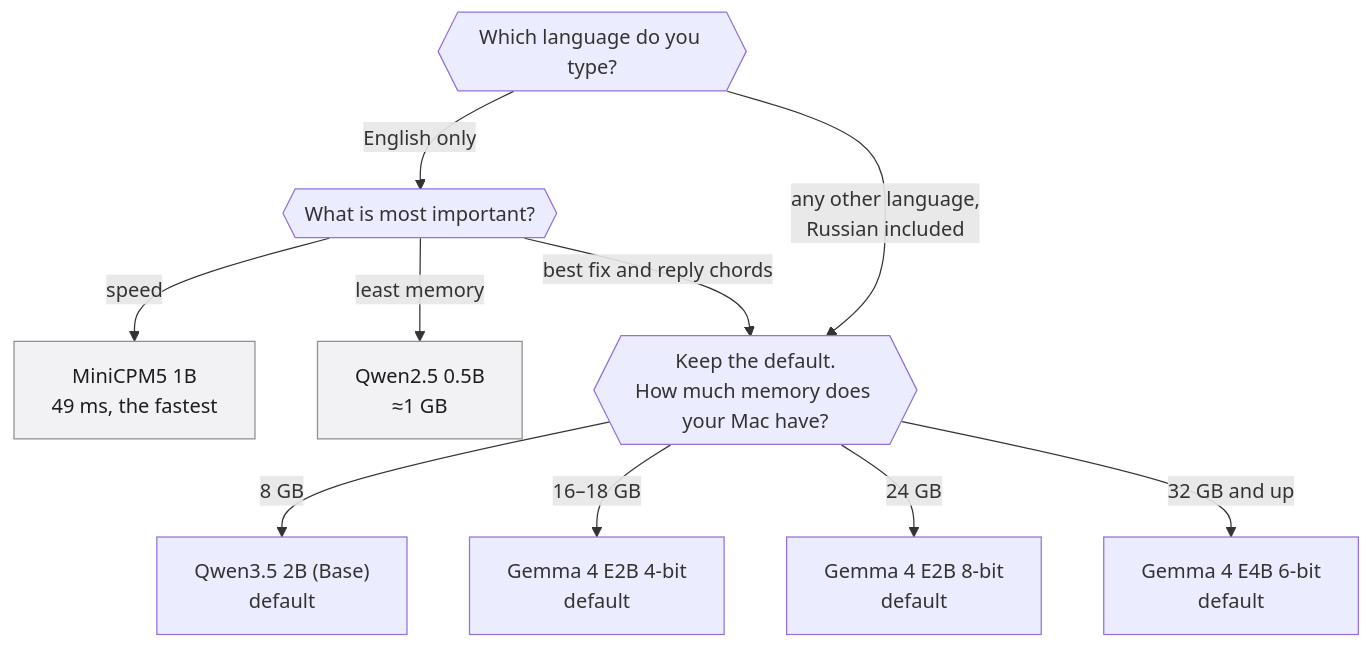
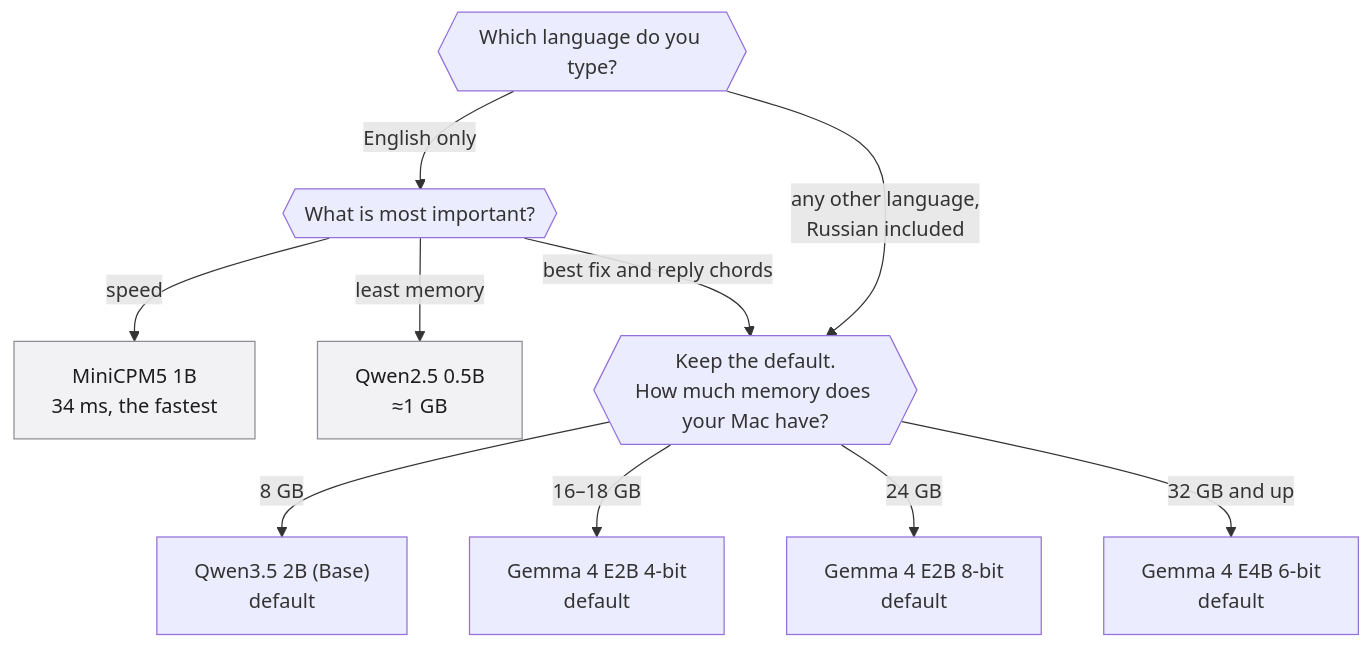
Before and after one commit to nikiomori/Pretype: the diagram in docs/diagrams/models-choose.mmd, drawn with Mermaid. The commit also changed 9 other files, not shown here.

First line of the commit message:
feat(models): MiniCPM5 1B on our 8-bit build

```diff
--- a/docs/diagrams/models-choose.mmd
+++ b/docs/diagrams/models-choose.mmd
@@ -1,15 +1,15 @@
 %% Which model to pick: language first, then memory. The default already
 %% follows the memory ladder, so most paths end at the default.
 flowchart TB
   lang{{"Which language do you type?"}}
   lang -- "English only" --> want{{"What is most important?"}}
-  want -- "speed" --> mini["MiniCPM5 1B<br/>49 ms, the fastest"]
+  want -- "speed" --> mini["MiniCPM5 1B<br/>34 ms, the fastest"]
   want -- "least memory" --> q05["Qwen2.5 0.5B<br/>≈1 GB"]
   want -- "best fix and reply chords" --> ram
   lang -- "any other language,<br/>Russian included" --> ram{{"Keep the default.<br/>How much memory does your Mac have?"}}
   ram -- "8 GB" --> q35["Qwen3.5 2B (Base)<br/>default"]
   ram -- "16–18 GB" --> e2b4["Gemma 4 E2B 4-bit<br/>default"]
   ram -- "24 GB" --> e2b8["Gemma 4 E2B 8-bit<br/>default"]
   ram -- "32 GB and up" --> e4b6["Gemma 4 E4B 6-bit<br/>default"]
   classDef manual fill:#f2f2f5,stroke:#8e8e93,color:#1d1d1f
   class mini,q05 manual
```
